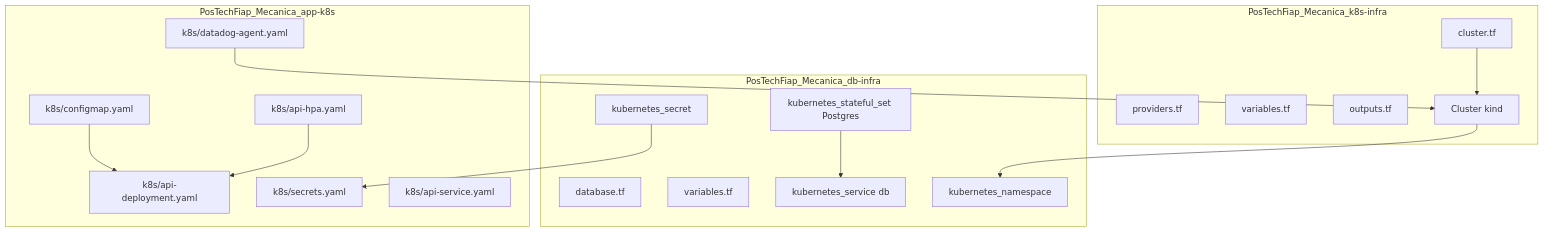
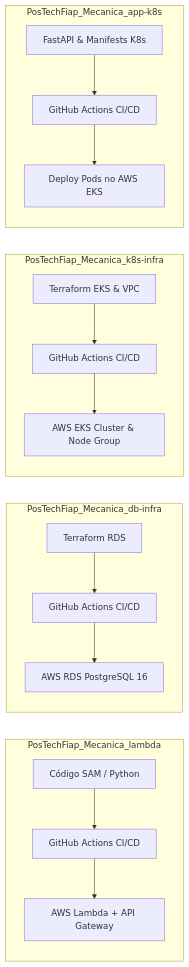
Before and after one commit to jptureta/PosTechFiap_Mecanica_app-k8s: the fifth of 5 diagrams in docs/arquitetura.md, drawn with Mermaid. The commit also changed other lines of this file and 12 other files, not shown here.

````diff
--- a/docs/arquitetura.md
+++ b/docs/arquitetura.md
@@ -396,36 +362,31 @@
 ```mermaid
-flowchart TB
-    subgraph K8sInfra[PosTechFiap_Mecanica_k8s-infra]
-        K1[cluster.tf]
-        K2[providers.tf]
-        K3[variables.tf]
-        K4[outputs.tf]
-        K5[Cluster kind]
+flowchart LR
+    subgraph Repo1[PosTechFiap_Mecanica_lambda]
+        L_Code[Código SAM / Python]
+        L_CI[GitHub Actions CI/CD]
+        L_Target[AWS Lambda + API Gateway]
     end
 
-    subgraph DBInfra[PosTechFiap_Mecanica_db-infra]
-        D1[database.tf]
-        D2[variables.tf]
-        D3[kubernetes_namespace]
-        D4[kubernetes_secret]
-        D5[kubernetes_stateful_set Postgres]
-        D6[kubernetes_service db]
+    subgraph Repo2[PosTechFiap_Mecanica_db-infra]
+        DB_Code[Terraform RDS]
+        DB_CI[GitHub Actions CI/CD]
+        DB_Target[AWS RDS PostgreSQL 16]
     end
 
-    subgraph AppRepo[PosTechFiap_Mecanica_app-k8s]
-        A1[k8s/configmap.yaml]
-        A2[k8s/secrets.yaml]
-        A3[k8s/api-deployment.yaml]
-        A4[k8s/api-service.yaml]
-        A5[k8s/api-hpa.yaml]
-        A6[k8s/datadog-agent.yaml]
+    subgraph Repo3[PosTechFiap_Mecanica_k8s-infra]
+        K8S_Code[Terraform EKS & VPC]
+        K8S_CI[GitHub Actions CI/CD]
+        K8S_Target[AWS EKS Cluster & Node Group]
     end
 
-    K1 --> K5
-    K5 --> D3
-    D5 --> D6
-    D4 --> A2
-    A1 --> A3
-    A5 --> A3
-    A6 --> K5
+    subgraph Repo4[PosTechFiap_Mecanica_app-k8s]
+        App_Code[FastAPI & Manifests K8s]
+        App_CI[GitHub Actions CI/CD]
+        App_Target[Deploy Pods no AWS EKS]
+    end
+
+    L_Code --> L_CI --> L_Target
+    DB_Code --> DB_CI --> DB_Target
+    K8S_Code --> K8S_CI --> K8S_Target
+    App_Code --> App_CI --> App_Target
 ```
````
